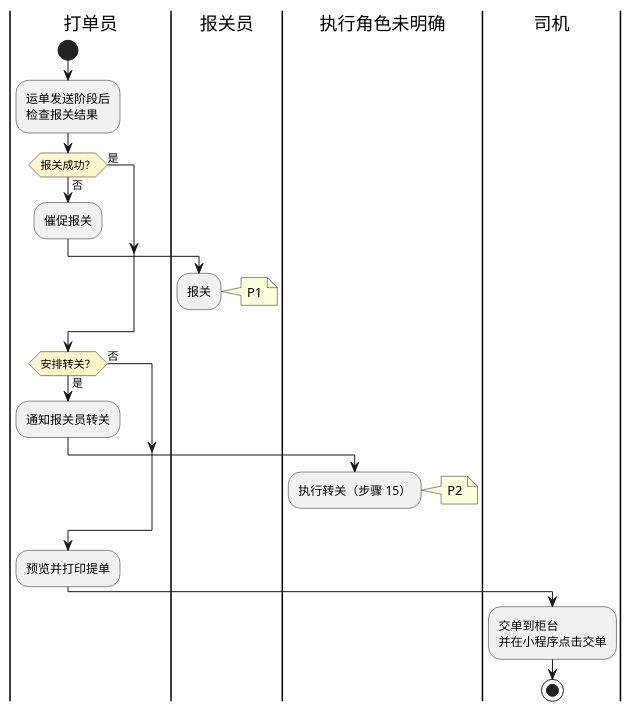
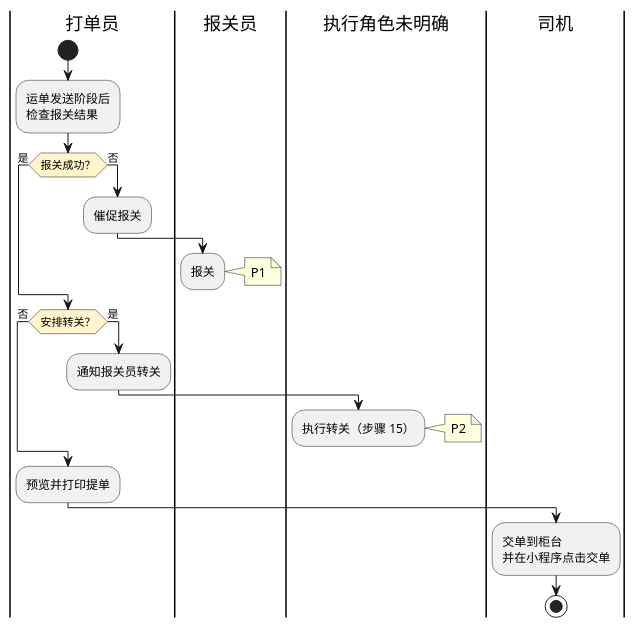
Before and after one commit to jack888332/projects-doc: the second of 3 diagrams in product-caliber/goldjet/segmented-prd/PRD.高捷物流系统一期.第011篇.空运提单与航司推送.ED54E43A14.md, drawn with PlantUML. The commit also changed 4 other files, not shown here.

Commit message:
减少泳道活动图连线的可避免交叉

````diff
--- a/product-caliber/goldjet/segmented-prd/PRD.高捷物流系统一期.第011篇.空运提单与航司推送.ED54E43A14.md
+++ b/product-caliber/goldjet/segmented-prd/PRD.高捷物流系统一期.第011篇.空运提单与航司推送.ED54E43A14.md
@@ -83,34 +83,36 @@
 ```plantuml
 @startuml goldjet-011-customs-document-handoff
 skinparam activityDiamondBackgroundColor #FFF4CC
 |打单员|
 |报关员|
 |执行角色未明确|
 |司机|
 |打单员|
 start
 :运单发送阶段后\n检查报关结果;
-if (报关成功？) then (否)
+if (报关成功？) then (是)
+  label spacer1
+else (否)
   :催促报关;
   |报关员|
   :报关;
   note right: P1
   detach
-else (是)
 endif
 |打单员|
-if (安排转关？) then (是)
+if (安排转关？) then (否)
+  label spacer2
+else (是)
   :通知报关员转关;
   |执行角色未明确|
   :执行转关（步骤 15）;
   note right: P2
   detach
-else (否)
 endif
 |打单员|
 :预览并打印提单;
 |司机|
 :交单到柜台\n并在小程序点击交单;
 stop
 @enduml
 ```
````
